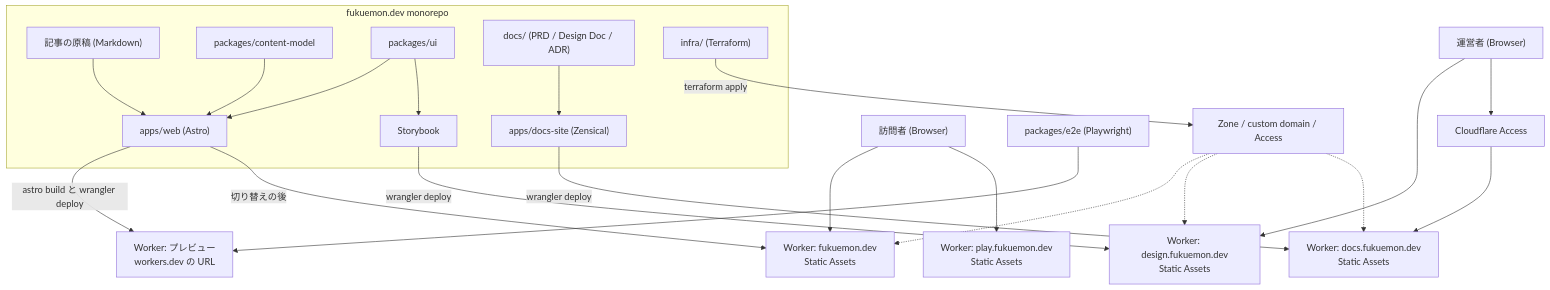
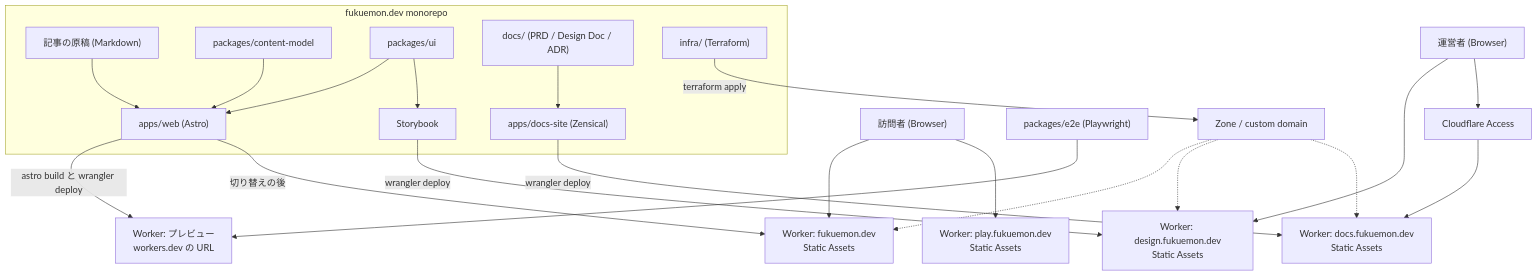
Before and after one commit to Fukuemon/fukuemon.dev: the first of 2 diagrams in docs/design/DesignDoc.md, drawn with Mermaid. The commit also changed other lines of this file and 4 other files, not shown here.

````diff
--- a/docs/design/DesignDoc.md
+++ b/docs/design/DesignDoc.md
@@ -63,27 +63,27 @@
 ```mermaid
 flowchart TD
     reader["訪問者 (Browser)"] --> site["Worker: fukuemon.dev<br/>Static Assets"]
     reader --> play["Worker: play.fukuemon.dev<br/>Static Assets"]
     dev["運営者 (Browser)"] --> catalog["Worker: design.fukuemon.dev<br/>Static Assets"]
     dev --> access["Cloudflare Access"]
     access --> docsw["Worker: docs.fukuemon.dev<br/>Static Assets"]
     e2e["packages/e2e (Playwright)"] --> preview["Worker: プレビュー<br/>workers.dev の URL"]
 
     subgraph repo ["fukuemon.dev monorepo"]
         md["記事の原稿 (Markdown)"] --> web["apps/web (Astro)"]
         cm["packages/content-model"] --> web
         ui["packages/ui"] --> web
         ui --> sb["Storybook"]
         docs["docs/ (PRD / Design Doc / ADR)"] --> ds["apps/docs-site (Zensical)"]
         infra["infra/ (Terraform)"]
     end
 
     web -->|"astro build と wrangler deploy"| preview
     web -->|"切り替えの後"| site
     sb -->|"wrangler deploy"| catalog
     ds -->|"wrangler deploy"| docsw
-    infra -->|"terraform apply"| cfbase["Zone / custom domain / Access"]
+    infra -->|"terraform apply"| cfbase["Zone / custom domain"]
     cfbase -.-> site
     cfbase -.-> catalog
     cfbase -.-> docsw
 ```
````
